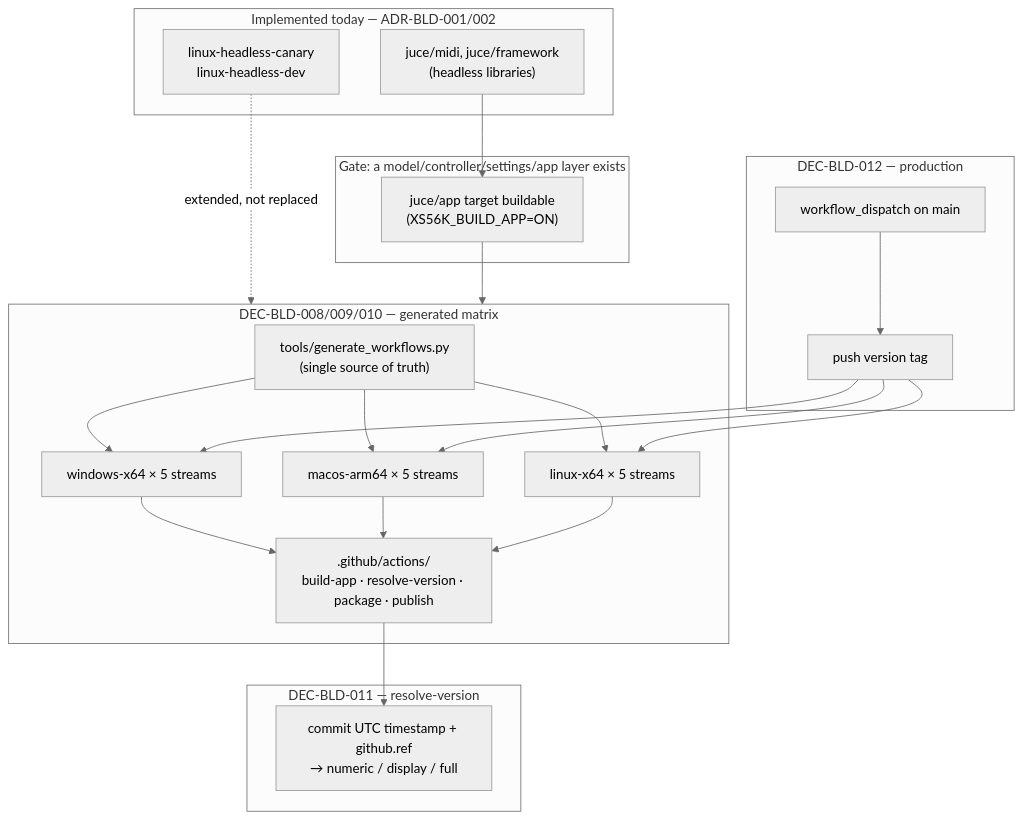
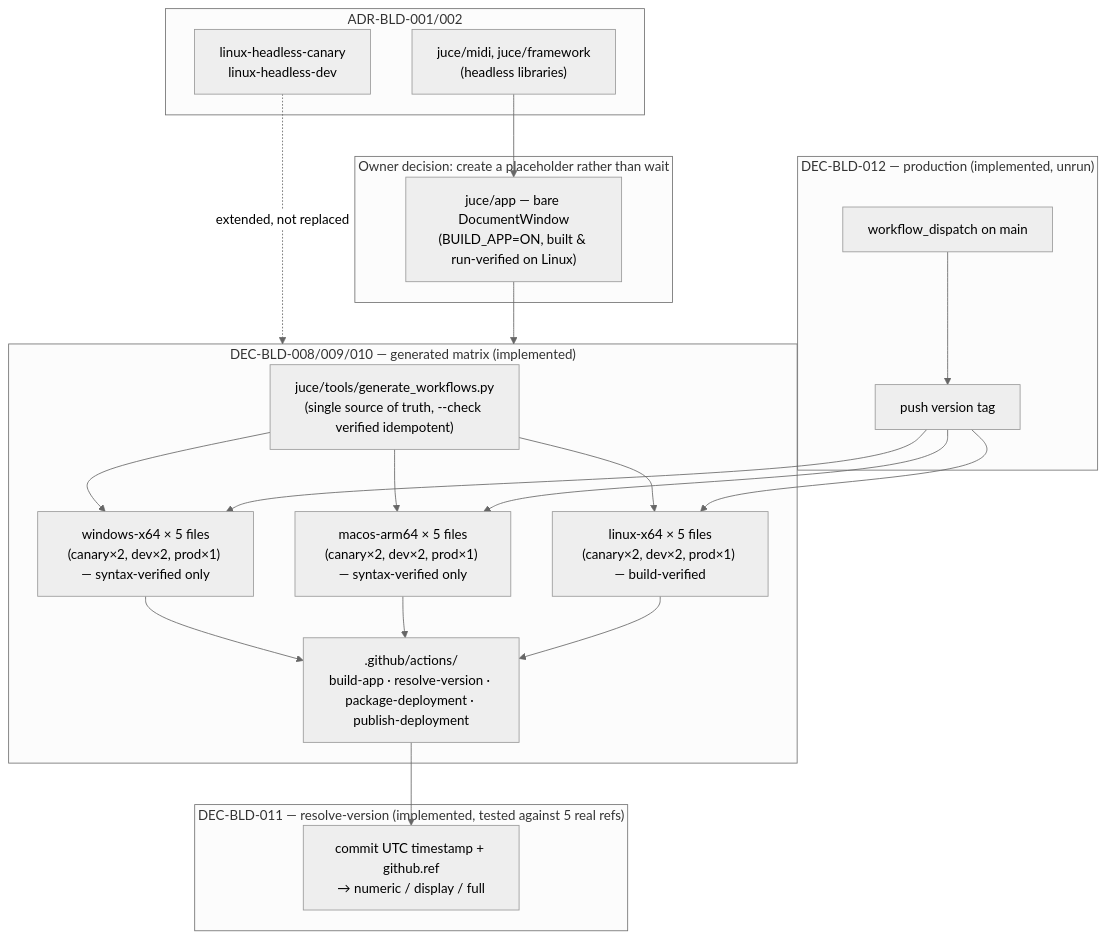
One commit to xplorer2716/XS56K changed the diagram in process/2.architecture/ADR-BLD-003-deployment-matrix-and-versioning.md. Above: the diagram before and after it, drawn with Mermaid (neutral theme). The commit also changed other lines of this file and 33 other files, not shown here.

````diff
--- a/process/2.architecture/ADR-BLD-003-deployment-matrix-and-versioning.md
+++ b/process/2.architecture/ADR-BLD-003-deployment-matrix-and-versioning.md
@@ -101,39 +120,39 @@
 ```mermaid
 flowchart TD
-    subgraph today["Implemented today — ADR-BLD-001/002"]
+    subgraph today["ADR-BLD-001/002"]
         MIDI["juce/midi, juce/framework<br/>(headless libraries)"]
         CI2["linux-headless-canary<br/>linux-headless-dev"]
     end
 
-    subgraph gate["Gate: a model/controller/settings/app layer exists"]
-        APP["juce/app target buildable<br/>(XS56K_BUILD_APP=ON)"]
+    subgraph placeholder["Owner decision: create a placeholder rather than wait"]
+        APP["juce/app — bare DocumentWindow<br/>(BUILD_APP=ON, built &amp; run-verified on Linux)"]
     end
 
-    subgraph matrix["DEC-BLD-008/009/010 — generated matrix"]
-        GEN["tools/generate_workflows.py<br/>(single source of truth)"]
-        ACTIONS[".github/actions/<br/>build-app · resolve-version · package · publish"]
-        GEN --> W1["windows-x64 × 5 streams"]
-        GEN --> W2["macos-arm64 × 5 streams"]
-        GEN --> W3["linux-x64 × 5 streams"]
+    subgraph matrix["DEC-BLD-008/009/010 — generated matrix (implemented)"]
+        GEN["juce/tools/generate_workflows.py<br/>(single source of truth, --check verified idempotent)"]
+        ACTIONS[".github/actions/<br/>build-app · resolve-version · package-deployment · publish-deployment"]
+        GEN --> W1["windows-x64 × 5 files<br/>(canary×2, dev×2, prod×1) — syntax-verified only"]
+        GEN --> W2["macos-arm64 × 5 files<br/>(canary×2, dev×2, prod×1) — syntax-verified only"]
+        GEN --> W3["linux-x64 × 5 files<br/>(canary×2, dev×2, prod×1) — build-verified"]
         W1 --> ACTIONS
         W2 --> ACTIONS
         W3 --> ACTIONS
     end
 
-    subgraph ver["DEC-BLD-011 — resolve-version"]
+    subgraph ver["DEC-BLD-011 — resolve-version (implemented, tested against 5 real refs)"]
         DERIVE["commit UTC timestamp + github.ref<br/>→ numeric / display / full"]
     end
 
-    subgraph cut["DEC-BLD-012 — production"]
+    subgraph cut["DEC-BLD-012 — production (implemented, unrun)"]
         DISPATCH["workflow_dispatch on main"]
         TAG["push version tag"]
         DISPATCH --> TAG --> W1
         TAG --> W2
         TAG --> W3
     end
 
     MIDI --> APP
     CI2 -.->|"extended, not replaced"| matrix
     APP --> matrix
     ACTIONS --> DERIVE
 ```
````
